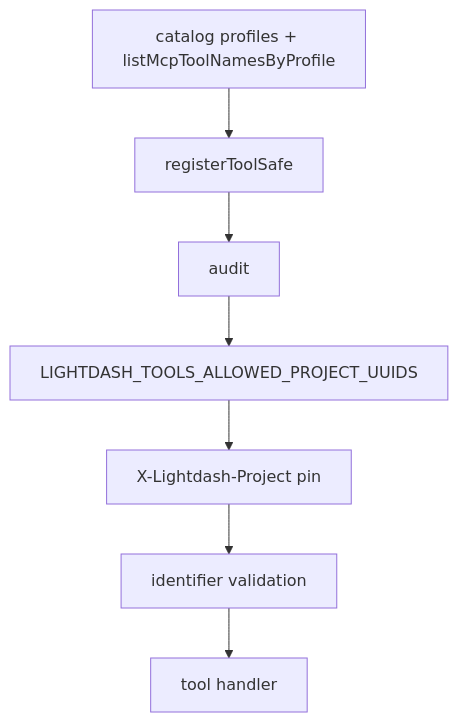
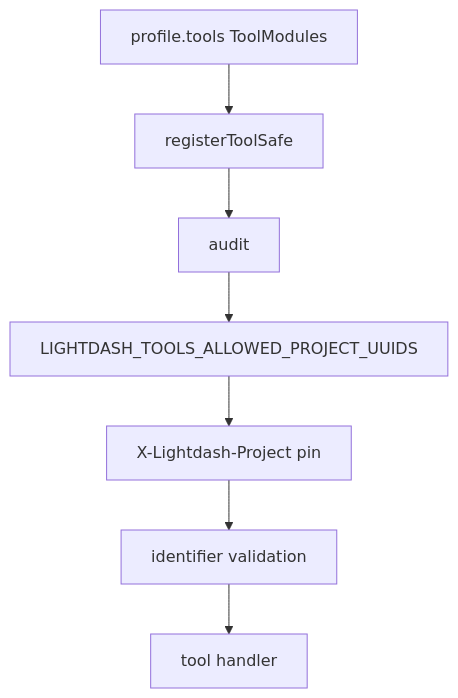
One commit to yu-iskw/lightdash-tools changed the diagram in docs/adr/0008-mcp-request-scope-and-hardening.md. Above: the diagram before and after it, drawn with Mermaid. The commit also changed other lines of this file and 145 other files, not shown here.

First line of the commit message:
fix(mcp): require explicit CLI stdio profile (#180)

````diff
--- a/docs/adr/0008-mcp-request-scope-and-hardening.md
+++ b/docs/adr/0008-mcp-request-scope-and-hardening.md
@@ -37,9 +37,9 @@
 ```mermaid
 flowchart TD
-  catalog["catalog profiles + listMcpToolNamesByProfile"] --> reg[registerToolSafe]
+  profileTools["profile.tools ToolModules"] --> reg[registerToolSafe]
   reg --> audit[audit]
   audit --> allowlist[LIGHTDASH_TOOLS_ALLOWED_PROJECT_UUIDS]
   allowlist --> pin[X-Lightdash-Project pin]
   pin --> validate[identifier validation]
   validate --> handler[tool handler]
 ```
````
